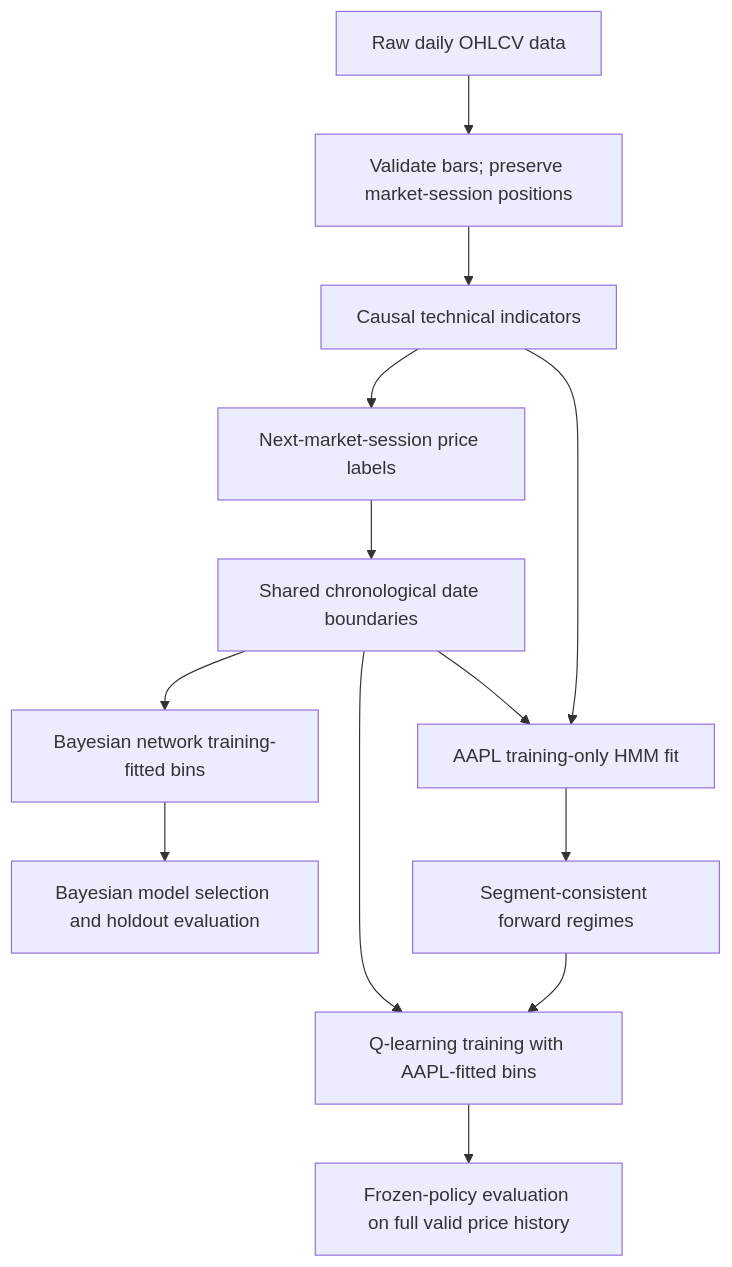
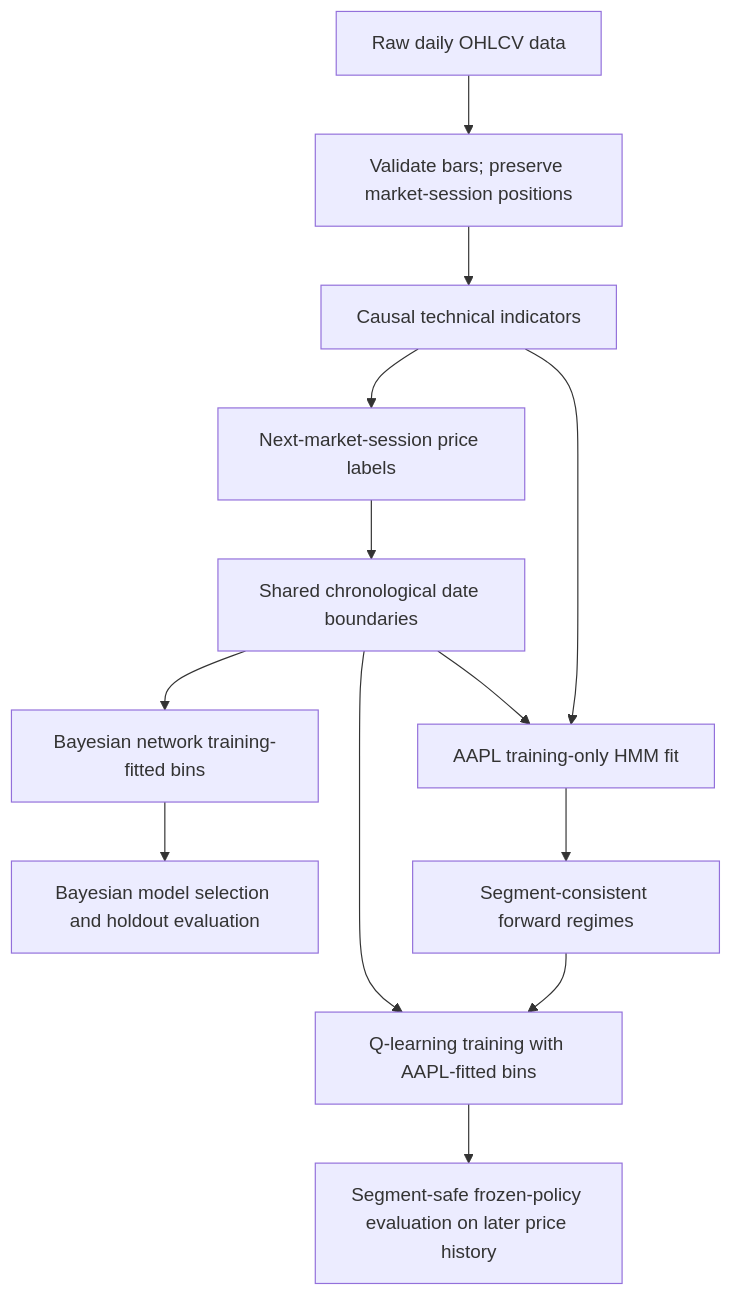
The diagram in README.md (ryanrowe2/StockTradingAI-Project), drawn with Mermaid before and after one commit. The commit also changed other lines of this file and 10 other files, not shown here.

````diff
--- a/README.md
+++ b/README.md
@@ -22,15 +22,15 @@
 ```mermaid
 flowchart TD
     A["Raw daily OHLCV data"] --> B["Validate bars; preserve market-session positions"]
     B --> C["Causal technical indicators"]
     C --> D["Next-market-session price labels"]
     D --> E["Shared chronological date boundaries"]
     E --> F["Bayesian network training-fitted bins"]
     F --> G["Bayesian model selection and holdout evaluation"]
     C --> H["AAPL training-only HMM fit"]
     E --> H
     H --> I["Segment-consistent forward regimes"]
     I --> J["Q-learning training with AAPL-fitted bins"]
     E --> J
-    J --> K["Frozen-policy evaluation on full valid price history"]
+    J --> K["Segment-safe frozen-policy evaluation on later price history"]
 ```
````
